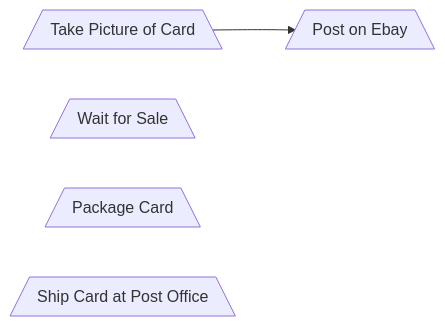
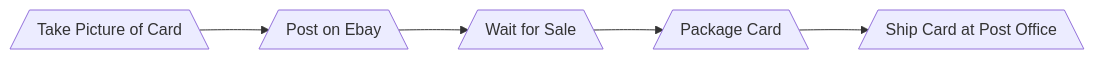
The diagram in Diagram.md (1900nudy/Labs), drawn with Mermaid before and after one commit.

````diff
--- a/Diagram.md
+++ b/Diagram.md
@@ -1,11 +1,14 @@
 ```mermaid
 flowchart LR
      A[/Take Picture of Card\]
      B[/Post on Ebay\]
      C[/Wait for Sale\]
      D[/Package Card\]
      E[/Ship Card at Post Office\]
 A-->B
+B-->C
+C-->D
+D-->E
      
 
 ```
````
